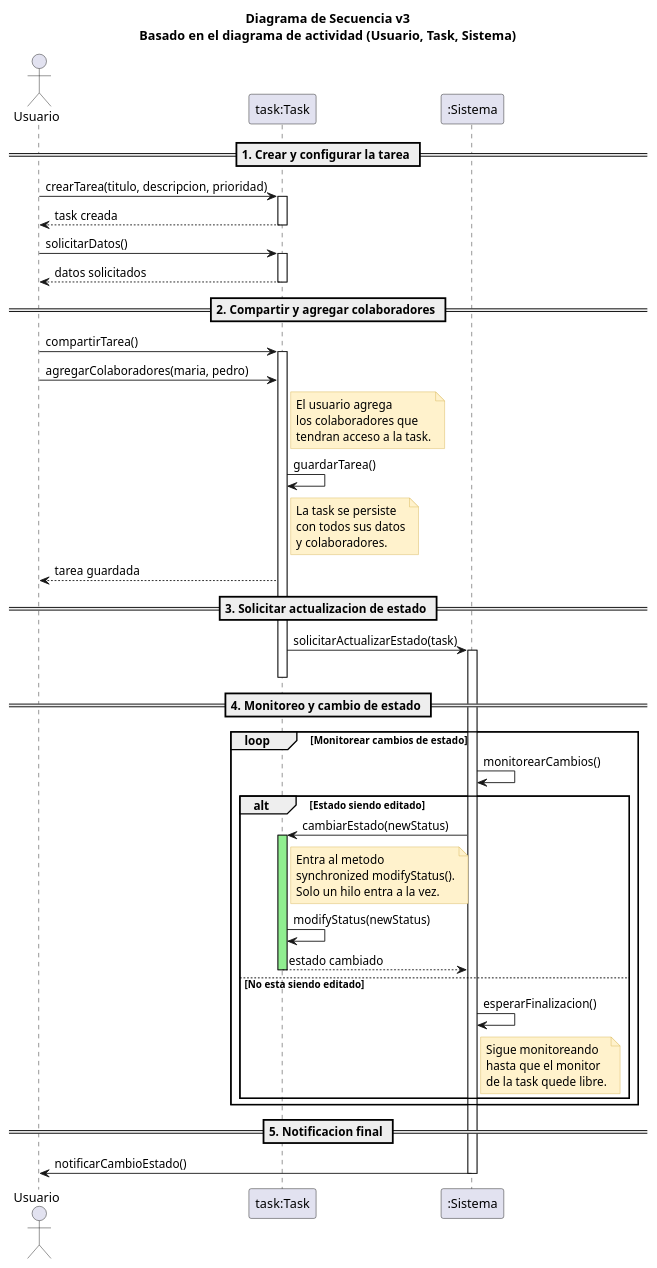
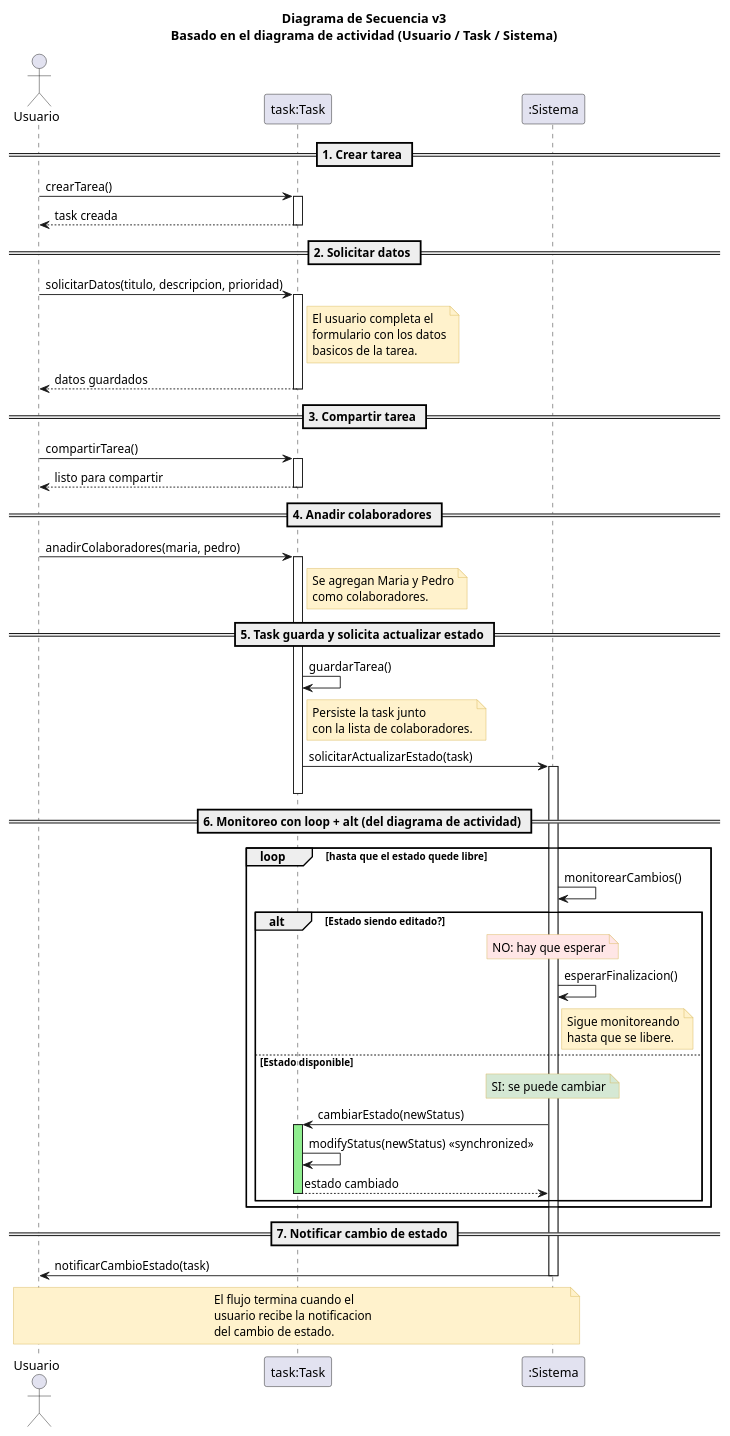
Before and after one commit to Angel4091/todo-collaborative-app: the diagram in diagramasUML/6_secuencia_v3.puml, drawn with PlantUML.

Commit message:
feat(uml): diagrama de secuencia v3 basado en actividad Usuario/Task/Sistema
Refleja el nuevo diagrama de actividad con las 3 swimlanes
(Usuario, Task, Sistema) traducidas a lifelines de secuencia.

FLUJO IMPLEMENTADO (7 secciones con separadores '=='):

1. Crear tarea: Usuario -> task.crearTarea()
2. Solicitar datos: Usuario -> task.solicitarDatos(titulo, desc, prio)
3. Compartir tarea: Usuario -> task.compartirTarea()
4. Anadir colaboradores: Usuario -> task.anadirColaboradores(maria, pedro)
5. Task guarda y solicita:
   - task -> task.guardarTarea() (self-message)
   - task -> sistema.solicitarActualizarEstado(task)
6. Monitoreo con loop + alt (traduce la decision del diagrama):
   loop hasta que el estado quede libre
     sistema -> sistema.monitorearCambios()
     alt Estado siendo editado?
       NO -> sistema.esperarFinalizacion() (nota rosa)
       SI -> sistema.cambiarEstado -> task.modifyStatus <<synchronized>>
             (nota verde, activation verde en task)
     end
   end
7. Notificar cambio: sistema -> Usuario.notificarCambioEstado(task)

Renderizado como PNG con PlantUML (validado).

```diff
--- a/diagramasUML/6_secuencia_v3.puml
+++ b/diagramasUML/6_secuencia_v3.puml
@@ -1,81 +1,95 @@
 @startuml SecuenciaV3
-title Diagrama de Secuencia v3\nBasado en el diagrama de actividad (Usuario, Task, Sistema)
+title Diagrama de Secuencia v3\nBasado en el diagrama de actividad (Usuario / Task / Sistema)
 
 skinparam noteBackgroundColor #FFF2CC
 skinparam noteBorderColor #D6B656
 
-actor Usuario as U
+actor "Usuario" as U
 participant "task:Task" as task
 participant ":Sistema" as sistema
 
-== 1. Crear y configurar la tarea ==
+== 1. Crear tarea ==
 
-U -> task : crearTarea(titulo, descripcion, prioridad)
+U -> task : crearTarea()
 activate task
 task --> U : task creada
 deactivate task
 
-U -> task : solicitarDatos()
+== 2. Solicitar datos ==
+
+U -> task : solicitarDatos(titulo, descripcion, prioridad)
 activate task
-task --> U : datos solicitados
+note right of task
+  El usuario completa el
+  formulario con los datos
+  basicos de la tarea.
+end note
+task --> U : datos guardados
 deactivate task
 
-== 2. Compartir y agregar colaboradores ==
+== 3. Compartir tarea ==
 
 U -> task : compartirTarea()
 activate task
+task --> U : listo para compartir
+deactivate task
 
-U -> task : agregarColaboradores(maria, pedro)
+== 4. Anadir colaboradores ==
+
+U -> task : anadirColaboradores(maria, pedro)
+activate task
 note right of task
-  El usuario agrega
-  los colaboradores que
-  tendran acceso a la task.
+  Se agregan Maria y Pedro
+  como colaboradores.
 end note
+
+== 5. Task guarda y solicita actualizar estado ==
 
 task -> task : guardarTarea()
 note right of task
-  La task se persiste
-  con todos sus datos
-  y colaboradores.
+  Persiste la task junto
+  con la lista de colaboradores.
 end note
-
-task --> U : tarea guardada
-
-== 3. Solicitar actualizacion de estado ==
 
 task -> sistema : solicitarActualizarEstado(task)
 activate sistema
 deactivate task
 
-== 4. Monitoreo y cambio de estado ==
+== 6. Monitoreo con loop + alt (del diagrama de actividad) ==
 
-loop Monitorear cambios de estado
+loop hasta que el estado quede libre
     sistema -> sistema : monitorearCambios()
 
-    alt Estado siendo editado
-        sistema -> task : cambiarEstado(newStatus)
-        activate task #LightGreen
-        note right of task
-          Entra al metodo
-          synchronized modifyStatus().
-          Solo un hilo entra a la vez.
+    alt Estado siendo editado?
+        note over sistema #FFE6E6
+          NO: hay que esperar
         end note
-        task -> task : modifyStatus(newStatus)
-        task --> sistema : estado cambiado
-        deactivate task
-    else No esta siendo editado
         sistema -> sistema : esperarFinalizacion()
         note right of sistema
           Sigue monitoreando
-          hasta que el monitor
-          de la task quede libre.
+          hasta que se libere.
         end note
+    else Estado disponible
+        note over sistema #D5E8D4
+          SI: se puede cambiar
+        end note
+        sistema -> task : cambiarEstado(newStatus)
+        activate task #LightGreen
+        task -> task : modifyStatus(newStatus) <<synchronized>>
+        task --> sistema : estado cambiado
+        deactivate task
     end
 end
 
-== 5. Notificacion final ==
+== 7. Notificar cambio de estado ==
 
-sistema -> U : notificarCambioEstado()
+sistema -> U : notificarCambioEstado(task)
 deactivate sistema
 
+note over U, sistema
+  El flujo termina cuando el
+  usuario recibe la notificacion
+  del cambio de estado.
+end note
+
 @enduml
```
